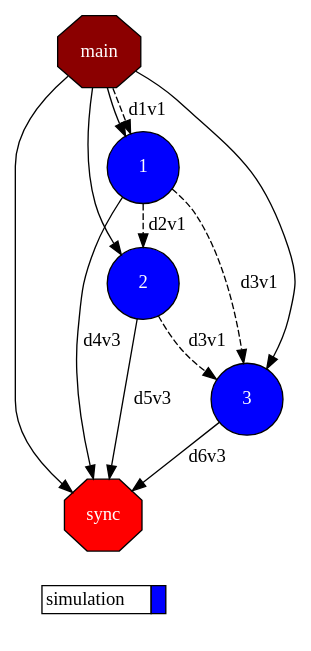
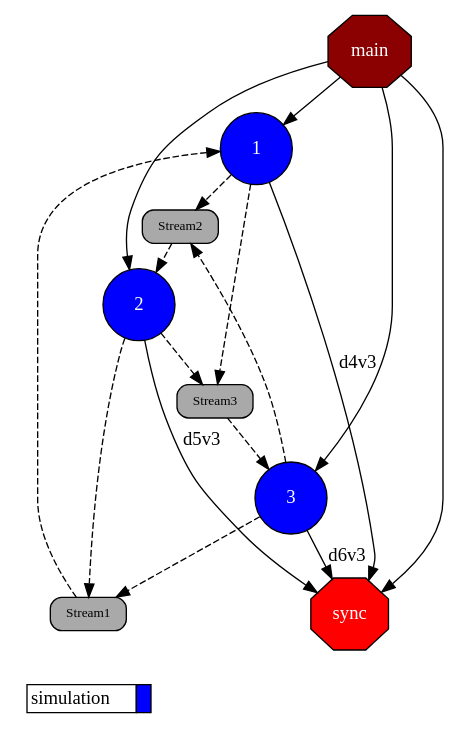
The diagram in examples_results/nested-multisim-java/monitor/complete_graph.dot (bsc-wdc/distro-stream-lib), drawn with Graphviz before and after one commit. The commit also changed 9 other files, not shown here.

Commit message:
Update examples task graphs

```diff
--- a/examples_results/nested-multisim-java/monitor/complete_graph.dot
+++ b/examples_results/nested-multisim-java/monitor/complete_graph.dot
@@ -1,39 +1,53 @@
 digraph {
   rankdir=TB;
   labeljust="l";
   compound= true;
   subgraph dependence_graph {
     ranksep=0.20;
     node[height=0.75];
 
 Synchro0[label="main", shape=octagon, style=filled fillcolor="#8B0000" fontcolor="#FFFFFF"];
 1[shape=circle, style=filled fillcolor="#0000ff" fontcolor="#ffffff"];
-Synchro0 -> 1 [style=dashed, label="d1v1"];
+Stream1[shape=rect style="rounded,filled" width=0 height=0 margin=0.1 fontsize=10 fillcolor="#a9a9a9" fontcolor="#000000"]
+Stream1 -> 1 [style=dashed];
 Synchro0 -> 1;
+Stream2[shape=rect style="rounded,filled" width=0 height=0 margin=0.1 fontsize=10 fillcolor="#a9a9a9" fontcolor="#000000"]
+1 -> Stream2 [style=dashed];
+Stream3[shape=rect style="rounded,filled" width=0 height=0 margin=0.1 fontsize=10 fillcolor="#a9a9a9" fontcolor="#000000"]
+1 -> Stream3 [style=dashed];
 2[shape=circle, style=filled fillcolor="#0000ff" fontcolor="#ffffff"];
-1 -> 2 [style=dashed, label="d2v1"];
+Stream2[shape=rect style="rounded,filled" width=0 height=0 margin=0.1 fontsize=10 fillcolor="#a9a9a9" fontcolor="#000000"]
+Stream2 -> 2 [style=dashed];
 Synchro0 -> 2;
+Stream1[shape=rect style="rounded,filled" width=0 height=0 margin=0.1 fontsize=10 fillcolor="#a9a9a9" fontcolor="#000000"]
+2 -> Stream1 [style=dashed];
+Stream3[shape=rect style="rounded,filled" width=0 height=0 margin=0.1 fontsize=10 fillcolor="#a9a9a9" fontcolor="#000000"]
+2 -> Stream3 [style=dashed];
 3[shape=circle, style=filled fillcolor="#0000ff" fontcolor="#ffffff"];
-1 -> 3 [style=dashed, label="d3v1"];
-2 -> 3 [style=dashed, label="d3v1"];
+Stream3[shape=rect style="rounded,filled" width=0 height=0 margin=0.1 fontsize=10 fillcolor="#a9a9a9" fontcolor="#000000"]
+Stream3 -> 3 [style=dashed];
 Synchro0 -> 3;
+Stream1[shape=rect style="rounded,filled" width=0 height=0 margin=0.1 fontsize=10 fillcolor="#a9a9a9" fontcolor="#000000"]
+3 -> Stream1 [style=dashed];
+Stream2[shape=rect style="rounded,filled" width=0 height=0 margin=0.1 fontsize=10 fillcolor="#a9a9a9" fontcolor="#000000"]
+3 -> Stream2 [style=dashed];
 Synchro1[label="sync", shape=octagon, style=filled fillcolor="#ff0000" fontcolor="#FFFFFF"];
 Synchro0 -> Synchro1;
 1 -> Synchro1 [label="d4v3"];
 2 -> Synchro1 [label="d5v3"];
 3 -> Synchro1 [label="d6v3"];  }
   subgraph legend {
     rank=sink;
     node [shape=plaintext, height=0.75];
     ranksep=0.20;
     label = "Legend";
     key [label=<
       <table border="0" cellpadding="2" cellspacing="0" cellborder="1">
 <tr>
 <td align="right">simulation</td>
 <td bgcolor="#0000ff">&nbsp;</td>
 </tr>
       </table>
     >]
   }
 }
```
